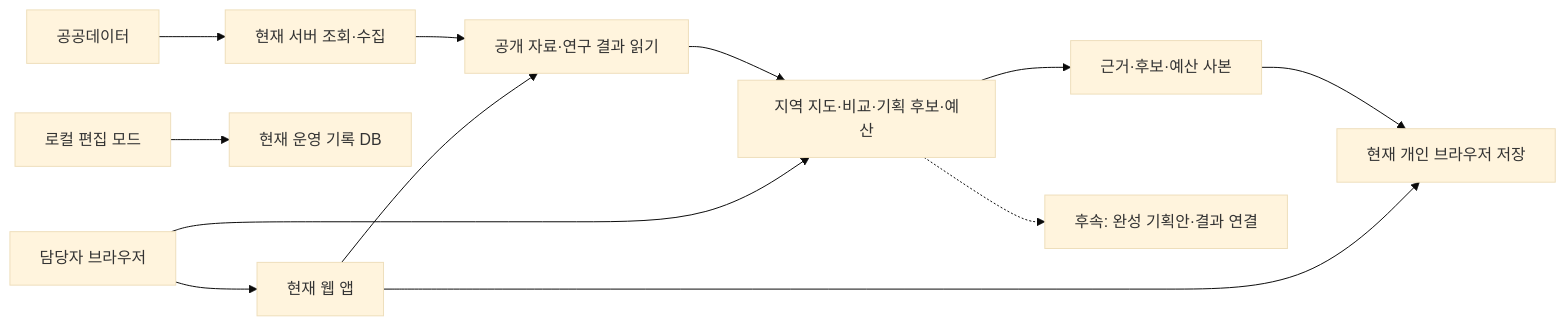
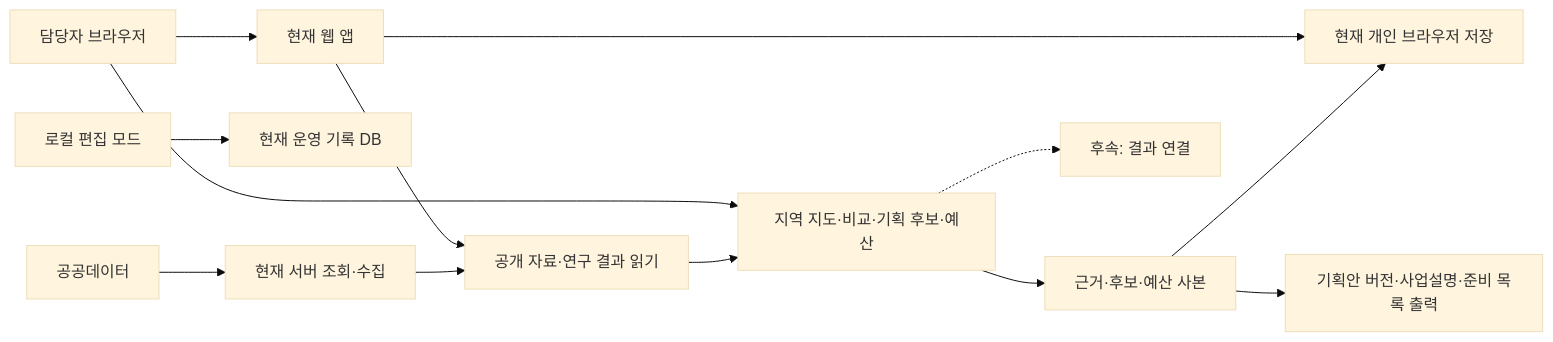
One commit to gitvssh/fest-compass changed the diagram in docs/sdlc/2-design/architecture.md. Above: the diagram before and after it, drawn with Mermaid (base theme). The commit also changed other lines of this file and 35 other files, not shown here.

````diff
--- a/docs/sdlc/2-design/architecture.md
+++ b/docs/sdlc/2-design/architecture.md
@@ -20,14 +20,15 @@
 ```mermaid
 flowchart LR
   U["담당자 브라우저"] --> WEB["현재 웹 앱"]
   WEB --> READ["공개 자료·연구 결과 읽기"]
   WEB --> LOCAL["현재 개인 브라우저 저장"]
   EDIT["로컬 편집 모드"] --> DB["현재 운영 기록 DB"]
   KTO["공공데이터"] --> FETCH["현재 서버 조회·수집"]
   FETCH --> READ
   U --> NEW["지역 지도·비교·기획 후보·예산"]
   READ --> NEW
   NEW --> SNAP["근거·후보·예산 사본"]
   SNAP --> LOCAL
-  NEW -.-> FUTURE["후속: 완성 기획안·결과 연결"]
+  SNAP --> REPORT["기획안 버전·사업설명·준비 목록 출력"]
+  NEW -.-> FUTURE["후속: 결과 연결"]
 ```
````
